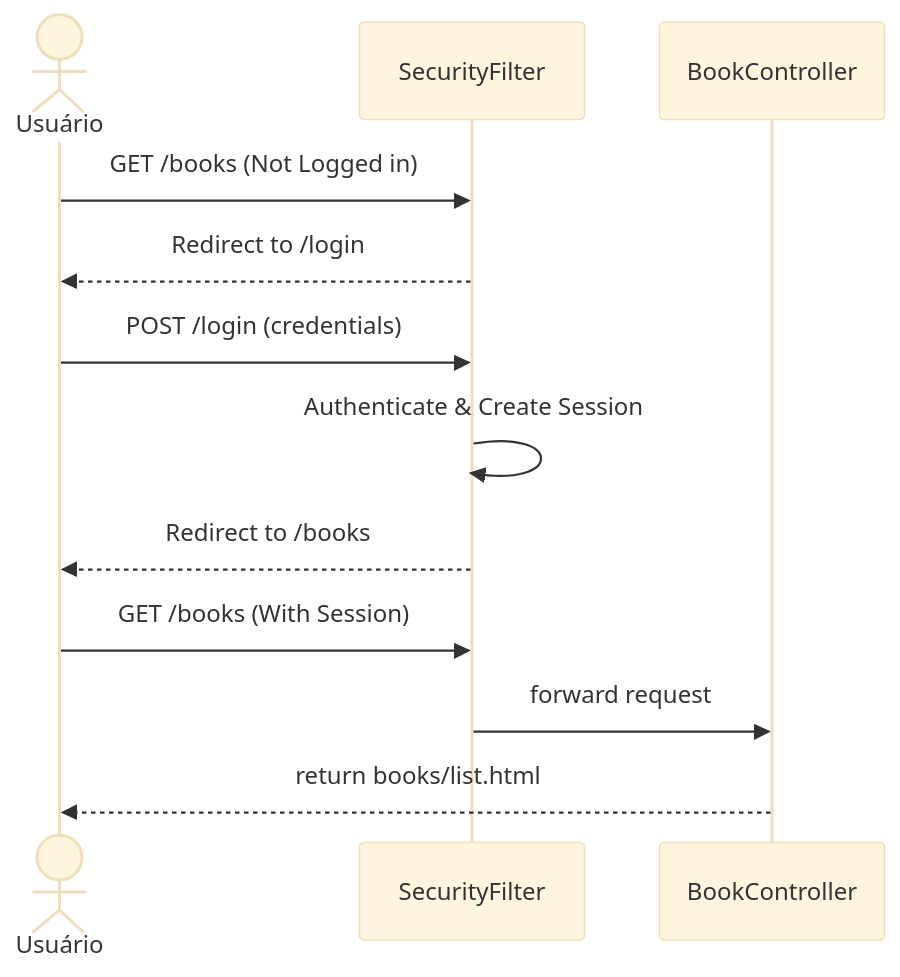
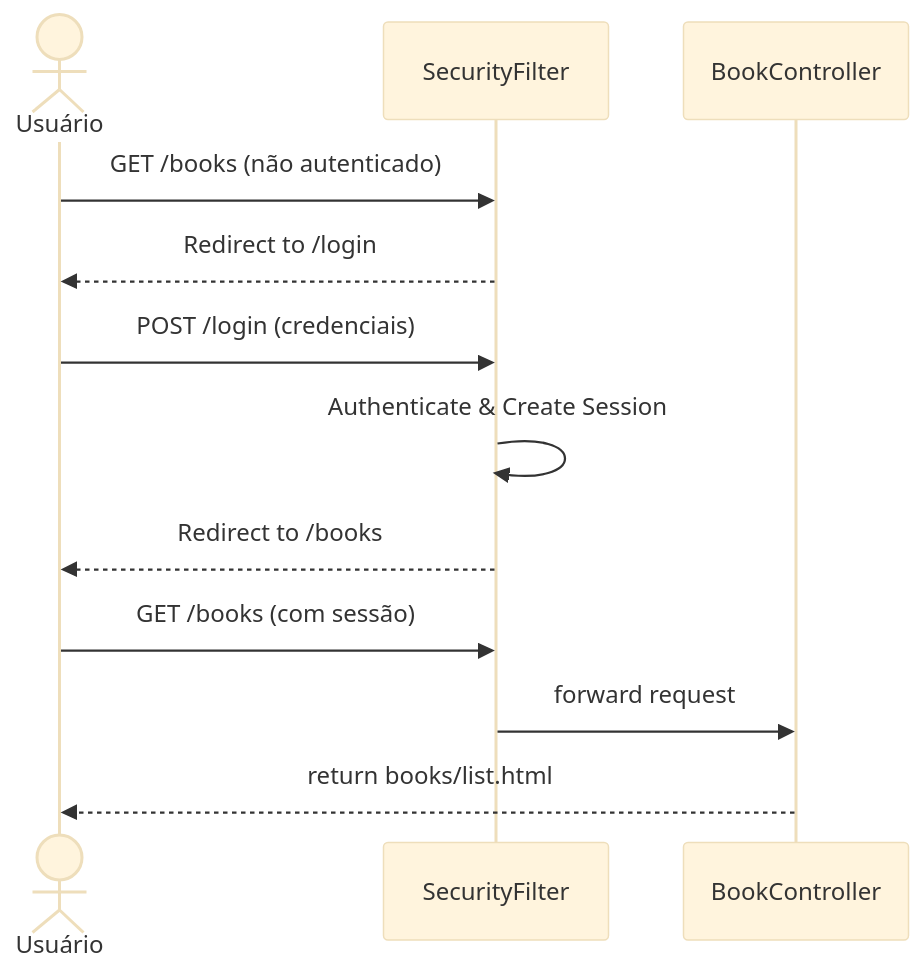
One commit to cintiacarvv/Projeto-QS changed the third of 5 diagrams in RTM.md. Above: the diagram before and after it, drawn with Mermaid (base theme). The commit also changed other lines of this file and 2 other files, not shown here.

````diff
--- a/RTM.md
+++ b/RTM.md
@@ -42,17 +60,17 @@
 ```mermaid
 sequenceDiagram
     actor U as Usuário
     participant F as SecurityFilter
     participant C as BookController
 
-    U->>F: GET /books (Not Logged in)
+    U->>F: GET /books (não autenticado)
     F-->>U: Redirect to /login
-    
-    U->>F: POST /login (credentials)
+
+    U->>F: POST /login (credenciais)
     F->>F: Authenticate & Create Session
     F-->>U: Redirect to /books
-    
-    U->>F: GET /books (With Session)
+
+    U->>F: GET /books (com sessão)
     F->>C: forward request
     C-->>U: return books/list.html
 ```
````
